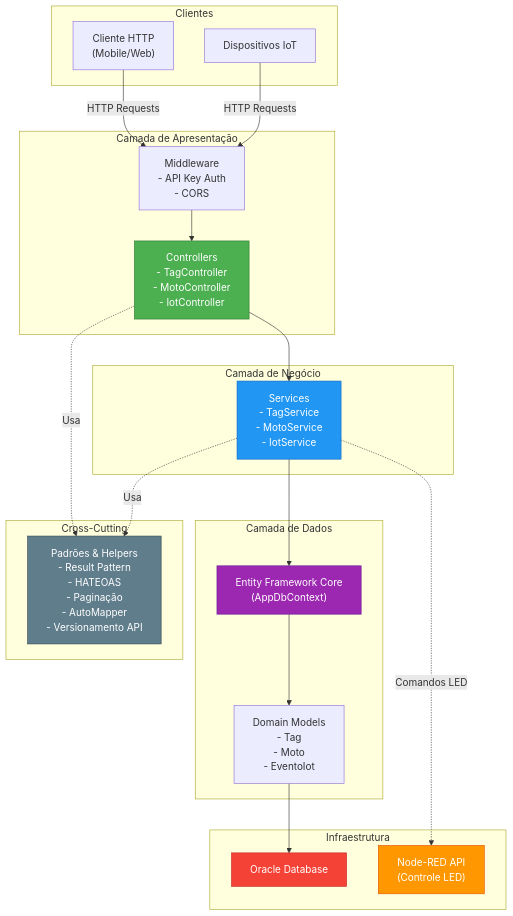
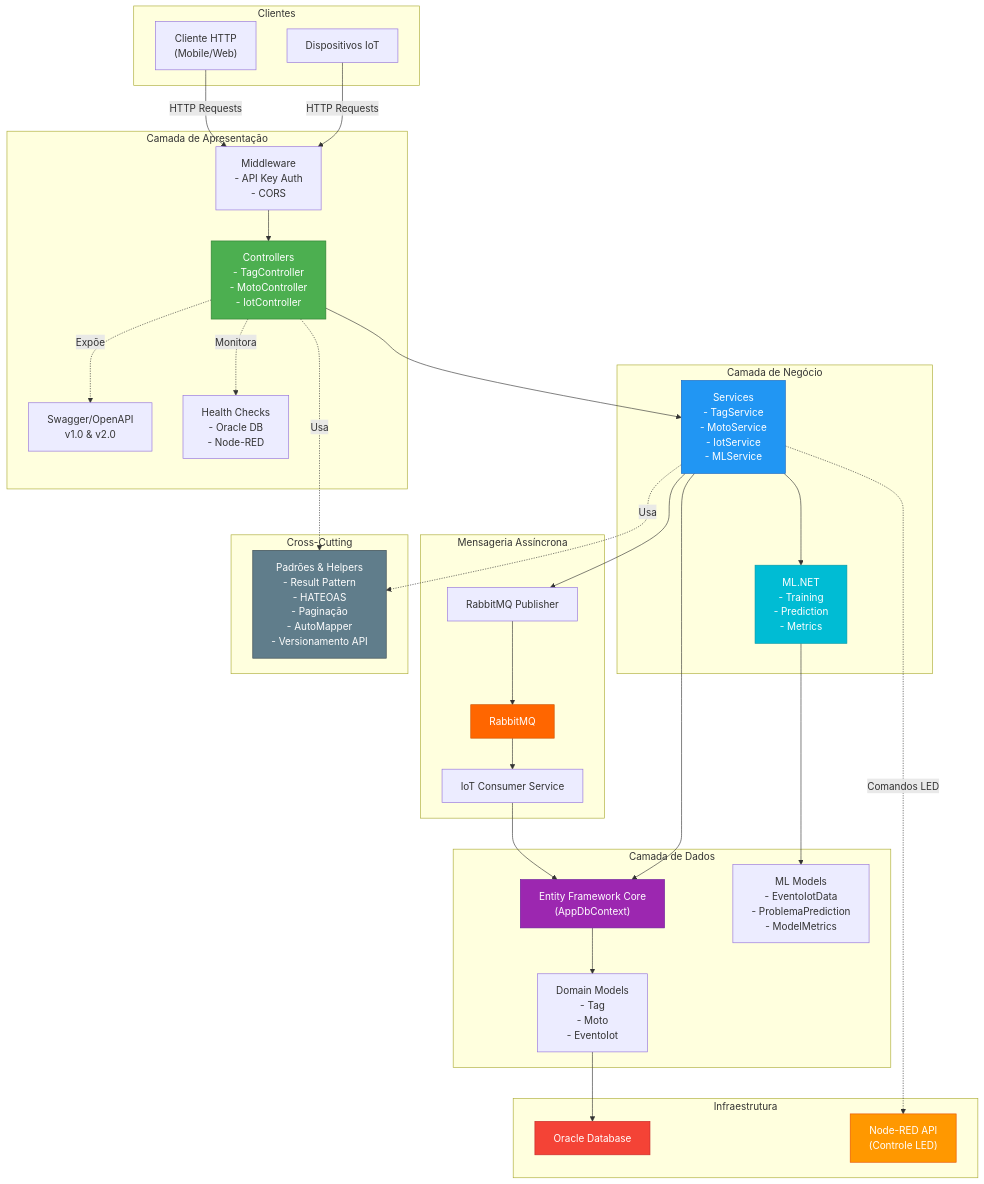
The first of 2 diagrams in README.md (gabrielmarcello/VroomAPI), drawn with Mermaid before and after one commit. The commit also changed other lines of this file, not shown here.

````diff
--- a/README.md
+++ b/README.md
@@ -399,49 +508,69 @@
 ```mermaid
 graph TB
     subgraph "Clientes"
         Client["Cliente HTTP<br/>(Mobile/Web)"]
         IoTDevice["Dispositivos IoT"]
     end
     
     subgraph "Camada de Apresentação"
         API["Controllers<br/>- TagController<br/>- MotoController<br/>- IotController"]
         Auth["Middleware<br/>- API Key Auth<br/>- CORS"]
+        Swagger["Swagger/OpenAPI<br/>v1.0 & v2.0"]
+        Health["Health Checks<br/>- Oracle DB<br/>- Node-RED"]
     end
     
     subgraph "Camada de Negócio"
-        Services["Services<br/>- TagService<br/>- MotoService<br/>- IotService"]
+        Services["Services<br/>- TagService<br/>- MotoService<br/>- IotService<br/>- MLService"]
+        ML["ML.NET<br/>- Training<br/>- Prediction<br/>- Metrics"]
+    end
+    
+    subgraph "Mensageria Assíncrona"
+        RabbitMQ["RabbitMQ"]
+        Publisher["RabbitMQ Publisher"]
+        Consumer["IoT Consumer Service"]
     end
     
     subgraph "Camada de Dados"
         EF["Entity Framework Core<br/>(AppDbContext)"]
         Models["Domain Models<br/>- Tag<br/>- Moto<br/>- EventoIot"]
+        MLModels["ML Models<br/>- EventoIotData<br/>- ProblemaPrediction<br/>- ModelMetrics"]
     end
     
     subgraph "Infraestrutura"
         DB["Oracle Database"]
         NodeRed["Node-RED API<br/>(Controle LED)"]
     end
     
     subgraph "Cross-Cutting"
         Patterns["Padrões & Helpers<br/>- Result Pattern<br/>- HATEOAS<br/>- Paginação<br/>- AutoMapper<br/>- Versionamento API"]
     end
     
     Client -->|HTTP Requests| Auth
     IoTDevice -->|HTTP Requests| Auth
     Auth --> API
     API --> Services
+    Services --> ML
+    Services --> Publisher
+    Publisher --> RabbitMQ
+    RabbitMQ --> Consumer
+    Consumer --> EF
     Services --> EF
     EF --> Models
     Models --> DB
+    ML --> MLModels
     Services -.->|Comandos LED| NodeRed
     
     API -.->|Usa| Patterns
     Services -.->|Usa| Patterns
+    API -.->|Expõe| Swagger
+    API -.->|Monitora| Health
     
     style API fill:#4CAF50,stroke:#2E7D32,color:#fff
     style Services fill:#2196F3,stroke:#1565C0,color:#fff
     style EF fill:#9C27B0,stroke:#6A1B9A,color:#fff
     style DB fill:#F44336,stroke:#C62828,color:#fff
     style NodeRed fill:#FF9800,stroke:#E65100,color:#fff
     style Patterns fill:#607D8B,stroke:#37474F,color:#fff
+    style RabbitMQ fill:#FF6600,stroke:#CC5200,color:#fff
+    style ML fill:#00BCD4,stroke:#0097A7,color:#fff
 ```
````
